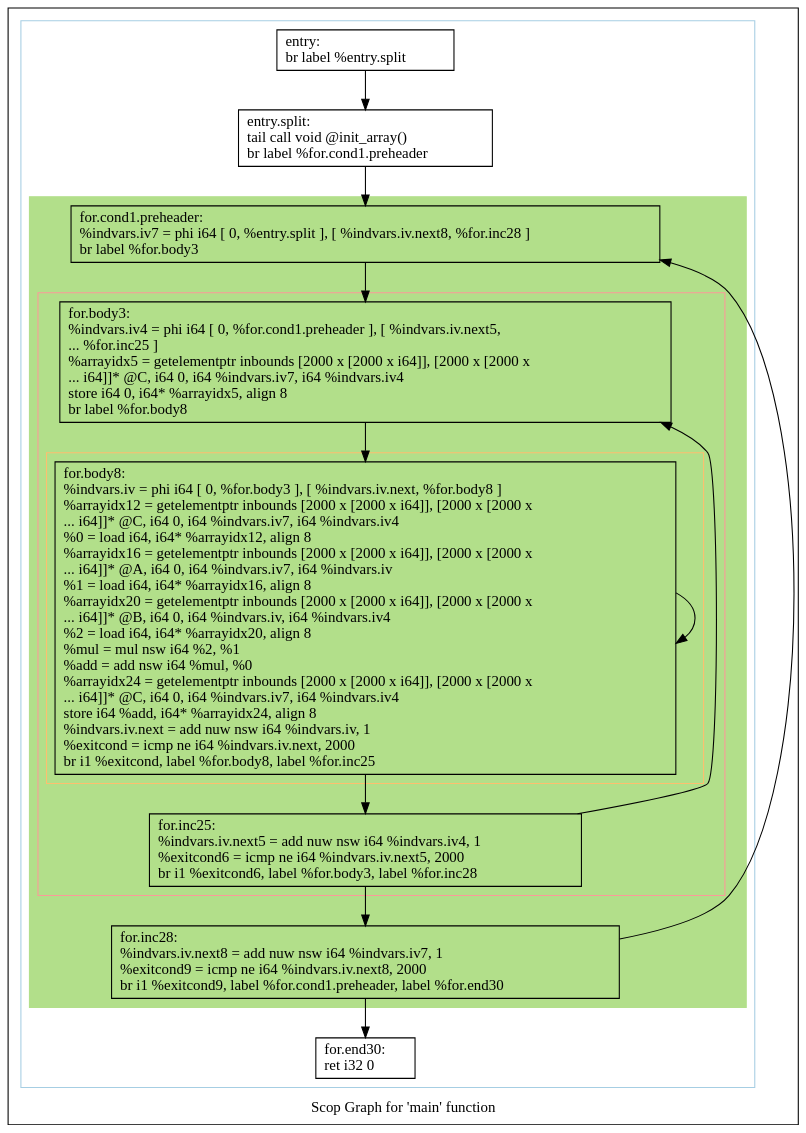
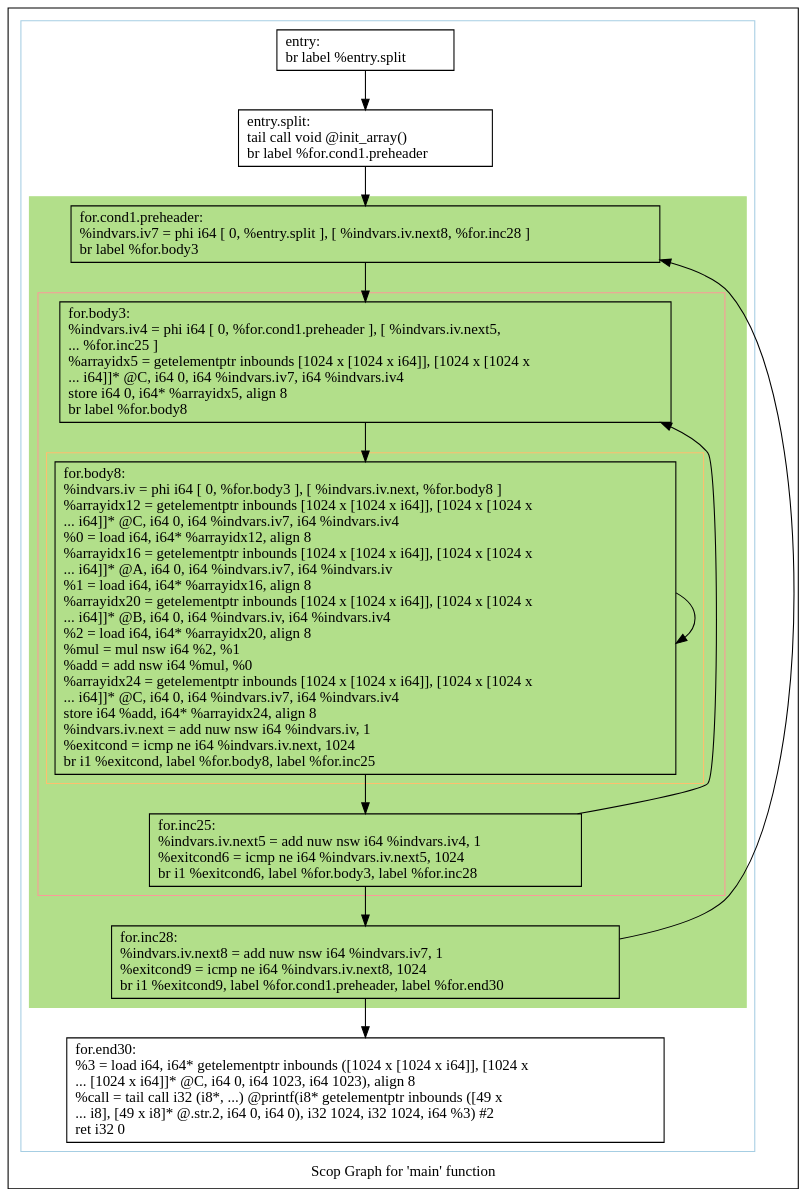
Before and after one commit to samminweng/WhileyOpenCL: the diagram in polly/MatrixMult/impl/handwritten/dot/scops.main.dot, drawn with Graphviz. The commit also changed 24 other files, not shown here.

```diff
--- a/polly/MatrixMult/impl/handwritten/dot/scops.main.dot
+++ b/polly/MatrixMult/impl/handwritten/dot/scops.main.dot
@@ -1,50 +1,50 @@
 digraph "Scop Graph for 'main' function" {
 	label="Scop Graph for 'main' function";
 
-	Node0x5e07470 [shape=record,label="{entry:\l  br label %entry.split\l}"];
-	Node0x5e07470 -> Node0x5e079e0;
-	Node0x5e079e0 [shape=record,label="{entry.split:                                      \l  tail call void @init_array()\l  br label %for.cond1.preheader\l}"];
-	Node0x5e079e0 -> Node0x5e08570;
-	Node0x5e08570 [shape=record,label="{for.cond1.preheader:                              \l  %indvars.iv7 = phi i64 [ 0, %entry.split ], [ %indvars.iv.next8, %for.inc28 ]\l  br label %for.body3\l}"];
-	Node0x5e08570 -> Node0x5e0bcf0;
-	Node0x5e0bcf0 [shape=record,label="{for.body3:                                        \l  %indvars.iv4 = phi i64 [ 0, %for.cond1.preheader ], [ %indvars.iv.next5,\l... %for.inc25 ]\l  %arrayidx5 = getelementptr inbounds [2000 x [2000 x i64]], [2000 x [2000 x\l... i64]]* @C, i64 0, i64 %indvars.iv7, i64 %indvars.iv4\l  store i64 0, i64* %arrayidx5, align 8\l  br label %for.body8\l}"];
-	Node0x5e0bcf0 -> Node0x5e07d10;
-	Node0x5e07d10 [shape=record,label="{for.body8:                                        \l  %indvars.iv = phi i64 [ 0, %for.body3 ], [ %indvars.iv.next, %for.body8 ]\l  %arrayidx12 = getelementptr inbounds [2000 x [2000 x i64]], [2000 x [2000 x\l... i64]]* @C, i64 0, i64 %indvars.iv7, i64 %indvars.iv4\l  %0 = load i64, i64* %arrayidx12, align 8\l  %arrayidx16 = getelementptr inbounds [2000 x [2000 x i64]], [2000 x [2000 x\l... i64]]* @A, i64 0, i64 %indvars.iv7, i64 %indvars.iv\l  %1 = load i64, i64* %arrayidx16, align 8\l  %arrayidx20 = getelementptr inbounds [2000 x [2000 x i64]], [2000 x [2000 x\l... i64]]* @B, i64 0, i64 %indvars.iv, i64 %indvars.iv4\l  %2 = load i64, i64* %arrayidx20, align 8\l  %mul = mul nsw i64 %2, %1\l  %add = add nsw i64 %mul, %0\l  %arrayidx24 = getelementptr inbounds [2000 x [2000 x i64]], [2000 x [2000 x\l... i64]]* @C, i64 0, i64 %indvars.iv7, i64 %indvars.iv4\l  store i64 %add, i64* %arrayidx24, align 8\l  %indvars.iv.next = add nuw nsw i64 %indvars.iv, 1\l  %exitcond = icmp ne i64 %indvars.iv.next, 2000\l  br i1 %exitcond, label %for.body8, label %for.inc25\l}"];
-	Node0x5e07d10 -> Node0x5e07d10[constraint=false];
-	Node0x5e07d10 -> Node0x5e07cc0;
-	Node0x5e07cc0 [shape=record,label="{for.inc25:                                        \l  %indvars.iv.next5 = add nuw nsw i64 %indvars.iv4, 1\l  %exitcond6 = icmp ne i64 %indvars.iv.next5, 2000\l  br i1 %exitcond6, label %for.body3, label %for.inc28\l}"];
-	Node0x5e07cc0 -> Node0x5e0bcf0[constraint=false];
-	Node0x5e07cc0 -> Node0x5e07db0;
-	Node0x5e07db0 [shape=record,label="{for.inc28:                                        \l  %indvars.iv.next8 = add nuw nsw i64 %indvars.iv7, 1\l  %exitcond9 = icmp ne i64 %indvars.iv.next8, 2000\l  br i1 %exitcond9, label %for.cond1.preheader, label %for.end30\l}"];
-	Node0x5e07db0 -> Node0x5e08570[constraint=false];
-	Node0x5e07db0 -> Node0x5e07ce0;
-	Node0x5e07ce0 [shape=record,label="{for.end30:                                        \l  ret i32 0\l}"];
+	Node0x69381b0 [shape=record,label="{entry:\l  br label %entry.split\l}"];
+	Node0x69381b0 -> Node0x69377d0;
+	Node0x69377d0 [shape=record,label="{entry.split:                                      \l  tail call void @init_array()\l  br label %for.cond1.preheader\l}"];
+	Node0x69377d0 -> Node0x69149b0;
+	Node0x69149b0 [shape=record,label="{for.cond1.preheader:                              \l  %indvars.iv7 = phi i64 [ 0, %entry.split ], [ %indvars.iv.next8, %for.inc28 ]\l  br label %for.body3\l}"];
+	Node0x69149b0 -> Node0x693bb80;
+	Node0x693bb80 [shape=record,label="{for.body3:                                        \l  %indvars.iv4 = phi i64 [ 0, %for.cond1.preheader ], [ %indvars.iv.next5,\l... %for.inc25 ]\l  %arrayidx5 = getelementptr inbounds [1024 x [1024 x i64]], [1024 x [1024 x\l... i64]]* @C, i64 0, i64 %indvars.iv7, i64 %indvars.iv4\l  store i64 0, i64* %arrayidx5, align 8\l  br label %for.body8\l}"];
+	Node0x693bb80 -> Node0x6937780;
+	Node0x6937780 [shape=record,label="{for.body8:                                        \l  %indvars.iv = phi i64 [ 0, %for.body3 ], [ %indvars.iv.next, %for.body8 ]\l  %arrayidx12 = getelementptr inbounds [1024 x [1024 x i64]], [1024 x [1024 x\l... i64]]* @C, i64 0, i64 %indvars.iv7, i64 %indvars.iv4\l  %0 = load i64, i64* %arrayidx12, align 8\l  %arrayidx16 = getelementptr inbounds [1024 x [1024 x i64]], [1024 x [1024 x\l... i64]]* @A, i64 0, i64 %indvars.iv7, i64 %indvars.iv\l  %1 = load i64, i64* %arrayidx16, align 8\l  %arrayidx20 = getelementptr inbounds [1024 x [1024 x i64]], [1024 x [1024 x\l... i64]]* @B, i64 0, i64 %indvars.iv, i64 %indvars.iv4\l  %2 = load i64, i64* %arrayidx20, align 8\l  %mul = mul nsw i64 %2, %1\l  %add = add nsw i64 %mul, %0\l  %arrayidx24 = getelementptr inbounds [1024 x [1024 x i64]], [1024 x [1024 x\l... i64]]* @C, i64 0, i64 %indvars.iv7, i64 %indvars.iv4\l  store i64 %add, i64* %arrayidx24, align 8\l  %indvars.iv.next = add nuw nsw i64 %indvars.iv, 1\l  %exitcond = icmp ne i64 %indvars.iv.next, 1024\l  br i1 %exitcond, label %for.body8, label %for.inc25\l}"];
+	Node0x6937780 -> Node0x6937780[constraint=false];
+	Node0x6937780 -> Node0x69377a0;
+	Node0x69377a0 [shape=record,label="{for.inc25:                                        \l  %indvars.iv.next5 = add nuw nsw i64 %indvars.iv4, 1\l  %exitcond6 = icmp ne i64 %indvars.iv.next5, 1024\l  br i1 %exitcond6, label %for.body3, label %for.inc28\l}"];
+	Node0x69377a0 -> Node0x693bb80[constraint=false];
+	Node0x69377a0 -> Node0x692a540;
+	Node0x692a540 [shape=record,label="{for.inc28:                                        \l  %indvars.iv.next8 = add nuw nsw i64 %indvars.iv7, 1\l  %exitcond9 = icmp ne i64 %indvars.iv.next8, 1024\l  br i1 %exitcond9, label %for.cond1.preheader, label %for.end30\l}"];
+	Node0x692a540 -> Node0x69149b0[constraint=false];
+	Node0x692a540 -> Node0x692a560;
+	Node0x692a560 [shape=record,label="{for.end30:                                        \l  %3 = load i64, i64* getelementptr inbounds ([1024 x [1024 x i64]], [1024 x\l... [1024 x i64]]* @C, i64 0, i64 1023, i64 1023), align 8\l  %call = tail call i32 (i8*, ...) @printf(i8* getelementptr inbounds ([49 x\l... i8], [49 x i8]* @.str.2, i64 0, i64 0), i32 1024, i32 1024, i64 %3) #2\l  ret i32 0\l}"];
 	colorscheme = "paired12"
-        subgraph cluster_0x5e092e0 {
+        subgraph cluster_0x692a750 {
           label = "";
           style = solid;
           color = 1
-          subgraph cluster_0x5dfb0c0 {
+          subgraph cluster_0x692a150 {
             label = "";
             style = filled;
-            color = 3            subgraph cluster_0x5e09360 {
+            color = 3            subgraph cluster_0x692a7d0 {
               label = "";
               style = solid;
               color = 5
-              subgraph cluster_0x5dfb040 {
+              subgraph cluster_0x6929cc0 {
                 label = "";
                 style = solid;
                 color = 7
-                Node0x5e07d10;
+                Node0x6937780;
               }
-              Node0x5e0bcf0;
-              Node0x5e07cc0;
+              Node0x693bb80;
+              Node0x69377a0;
             }
-            Node0x5e08570;
-            Node0x5e07db0;
+            Node0x69149b0;
+            Node0x692a540;
           }
-          Node0x5e07470;
-          Node0x5e079e0;
-          Node0x5e07ce0;
+          Node0x69381b0;
+          Node0x69377d0;
+          Node0x692a560;
         }
 }
```
